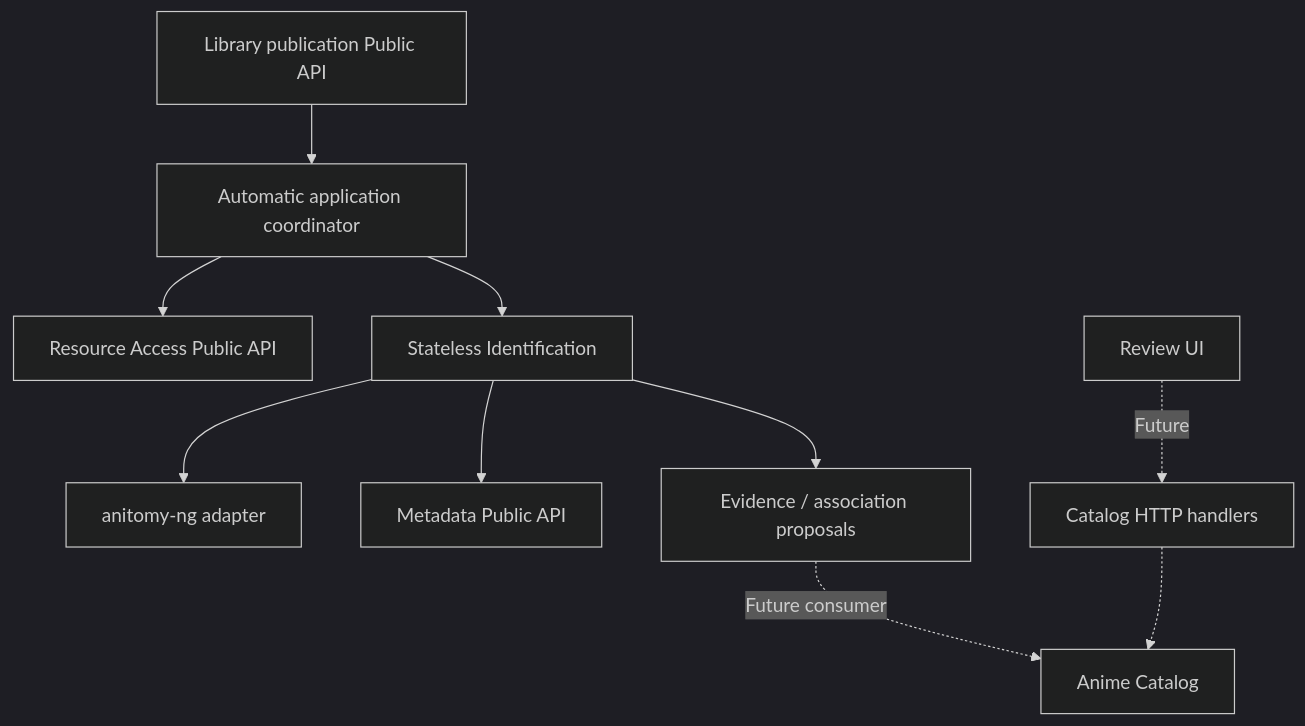
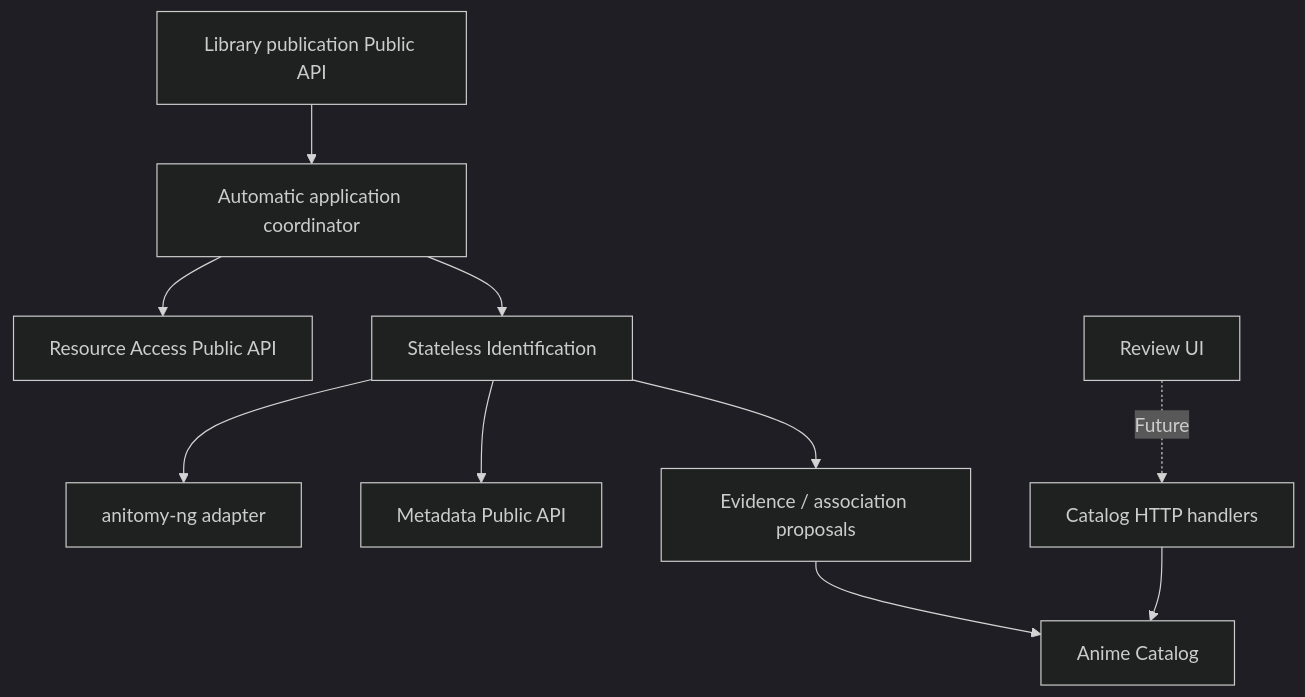
Before and after one commit to qw0er/Anishelf: the diagram in docs/current-version-design.md, drawn with Mermaid (dark theme). The commit also changed other lines of this file and 39 other files, not shown here.

Commit message:
feat: implement durable anime catalog with review and confirmation APIs

````diff
--- a/docs/current-version-design.md
+++ b/docs/current-version-design.md
@@ -157,12 +159,12 @@
 ```mermaid
 flowchart TD
   Library[Library publication Public API] --> Coordinator[Automatic application coordinator]
   Coordinator --> Access[Resource Access Public API]
   Coordinator --> Identify[Stateless Identification]
   Identify --> Parser[anitomy-ng adapter]
   Identify --> Metadata[Metadata Public API]
   Identify --> Proposals[Evidence / association proposals]
-  Proposals -. Future consumer .-> Catalog[Anime Catalog]
+  Proposals --> Catalog[Anime Catalog]
   UI[Review UI] -. Future .-> HTTP[Catalog HTTP handlers]
-  HTTP -.-> Catalog
+  HTTP --> Catalog
 ```
````
